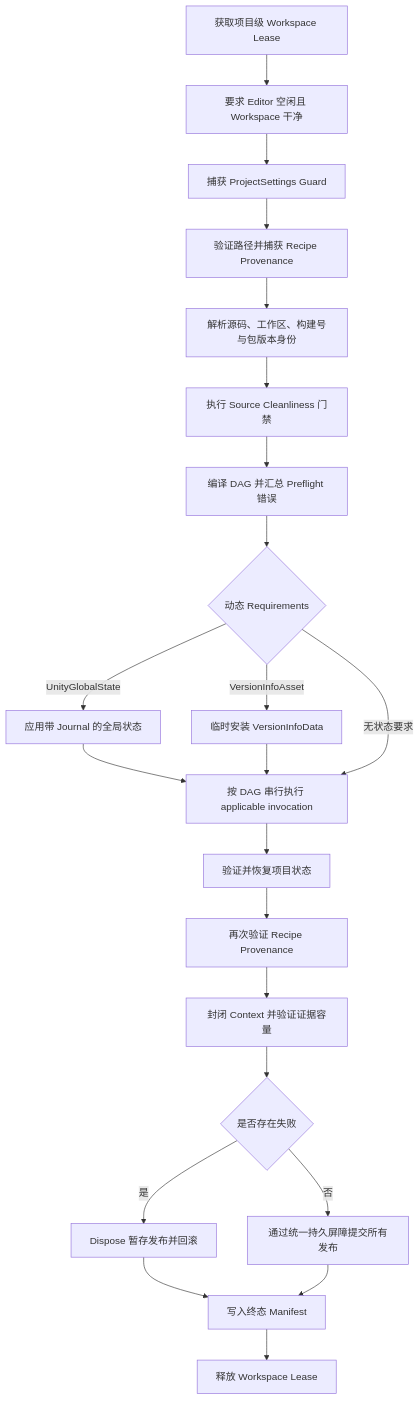
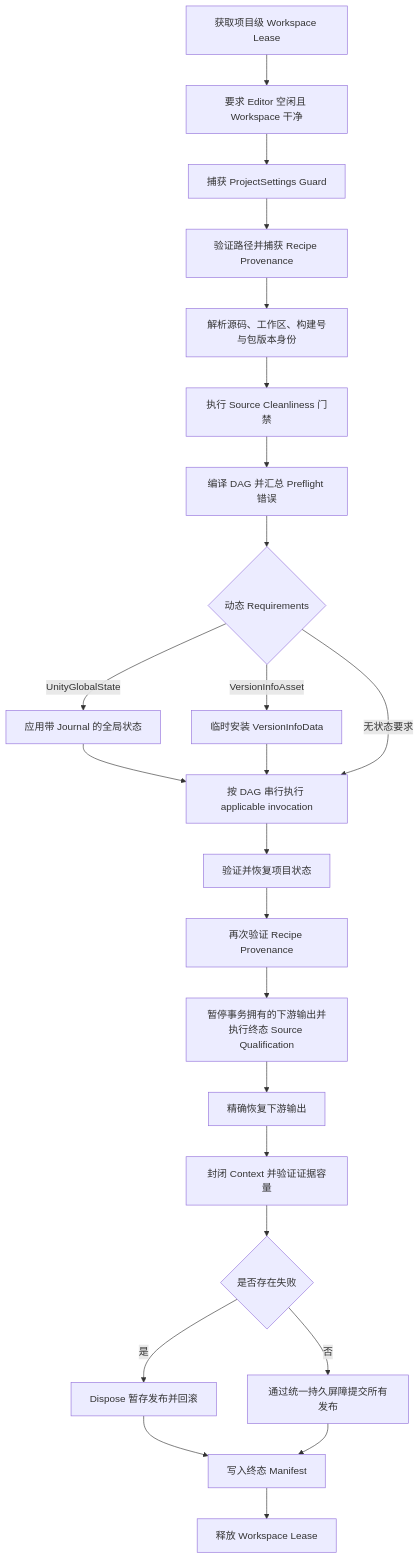
One commit to MaiKuraki/UnityStarter changed the fourth of 14 diagrams in UnityStarter/Assets/Build/README.SCH.md. Above: the diagram before and after it, drawn with Mermaid. The commit also changed other lines of this file and 76 other files, not shown here.

````diff
--- a/UnityStarter/Assets/Build/README.SCH.md
+++ b/UnityStarter/Assets/Build/README.SCH.md
@@ -362,24 +374,26 @@
 ```mermaid
 flowchart TD
     A["获取项目级 Workspace Lease"] --> B["要求 Editor 空闲且 Workspace 干净"]
     B --> C["捕获 ProjectSettings Guard"]
     C --> D["验证路径并捕获 Recipe Provenance"]
     D --> E["解析源码、工作区、构建号与包版本身份"]
     E --> S["执行 Source Cleanliness 门禁"]
     S --> F["编译 DAG 并汇总 Preflight 错误"]
     F --> G{"动态 Requirements"}
     G -->|"UnityGlobalState"| H["应用带 Journal 的全局状态"]
     G -->|"VersionInfoAsset"| I["临时安装 VersionInfoData"]
     H --> J["按 DAG 串行执行 applicable invocation"]
     I --> J
     G -->|"无状态要求"| J
     J --> K["验证并恢复项目状态"]
     K --> L["再次验证 Recipe Provenance"]
-    L --> M["封闭 Context 并验证证据容量"]
+    L --> T["暂停事务拥有的下游输出并执行终态 Source Qualification"]
+    T --> U["精确恢复下游输出"]
+    U --> M["封闭 Context 并验证证据容量"]
     M --> N{"是否存在失败"}
     N -->|"是"| O["Dispose 暂存发布并回滚"]
     N -->|"否"| P["通过统一持久屏障提交所有发布"]
     O --> Q["写入终态 Manifest"]
     P --> Q
     Q --> R["释放 Workspace Lease"]
 ```
````
